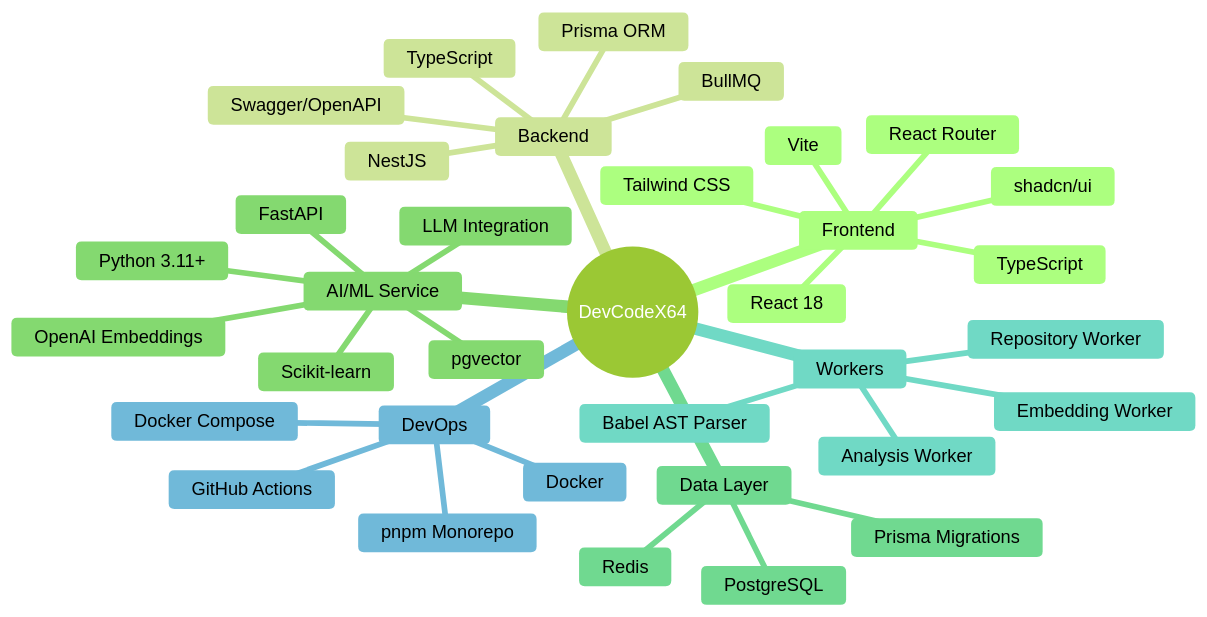
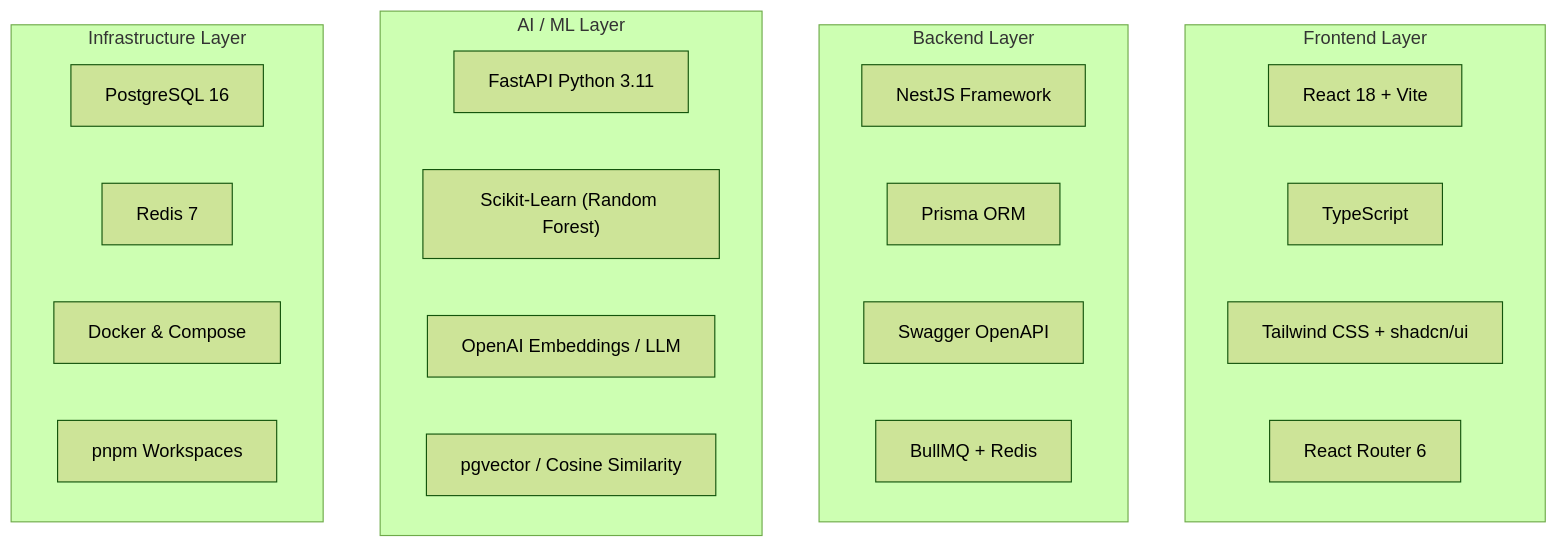
The sixth of 10 diagrams in README.md (sivaganesh7/DevCodeX64), drawn with Mermaid (forest theme) before and after one commit. The commit also changed other lines of this file, not shown here.

````diff
--- a/README.md
+++ b/README.md
@@ -324,38 +276,30 @@
 ```mermaid
-mindmap
-  root((DevCodeX64))
-    Frontend
-      React 18
-      Vite
-      TypeScript
-      Tailwind CSS
-      shadcn/ui
-      React Router
-    Backend
-      NestJS
-      TypeScript
-      Prisma ORM
-      Swagger/OpenAPI
-      BullMQ
-    AI/ML Service
-      FastAPI
-      Python 3.11+
-      Scikit-learn
-      pgvector
-      OpenAI Embeddings
-      LLM Integration
-    Data Layer
-      PostgreSQL
-      Redis
-      Prisma Migrations
-    Workers
-      Repository Worker
-      Analysis Worker
-      Embedding Worker
-      Babel AST Parser
-    DevOps
-      Docker
-      Docker Compose
-      GitHub Actions
-      pnpm Monorepo
+flowchart TD
+    subgraph Frontend["Frontend Layer"]
+        F1["React 18 + Vite"]
+        F2["TypeScript"]
+        F3["Tailwind CSS + shadcn/ui"]
+        F4["React Router 6"]
+    end
+
+    subgraph Backend["Backend Layer"]
+        B1["NestJS Framework"]
+        B2["Prisma ORM"]
+        B3["Swagger OpenAPI"]
+        B4["BullMQ + Redis"]
+    end
+
+    subgraph AI["AI / ML Layer"]
+        M1["FastAPI Python 3.11"]
+        M2["Scikit-Learn (Random Forest)"]
+        M3["OpenAI Embeddings / LLM"]
+        M4["pgvector / Cosine Similarity"]
+    end
+
+    subgraph Infrastructure["Infrastructure Layer"]
+        I1["PostgreSQL 16"]
+        I2["Redis 7"]
+        I3["Docker & Compose"]
+        I4["pnpm Workspaces"]
+    end
 ```
````
